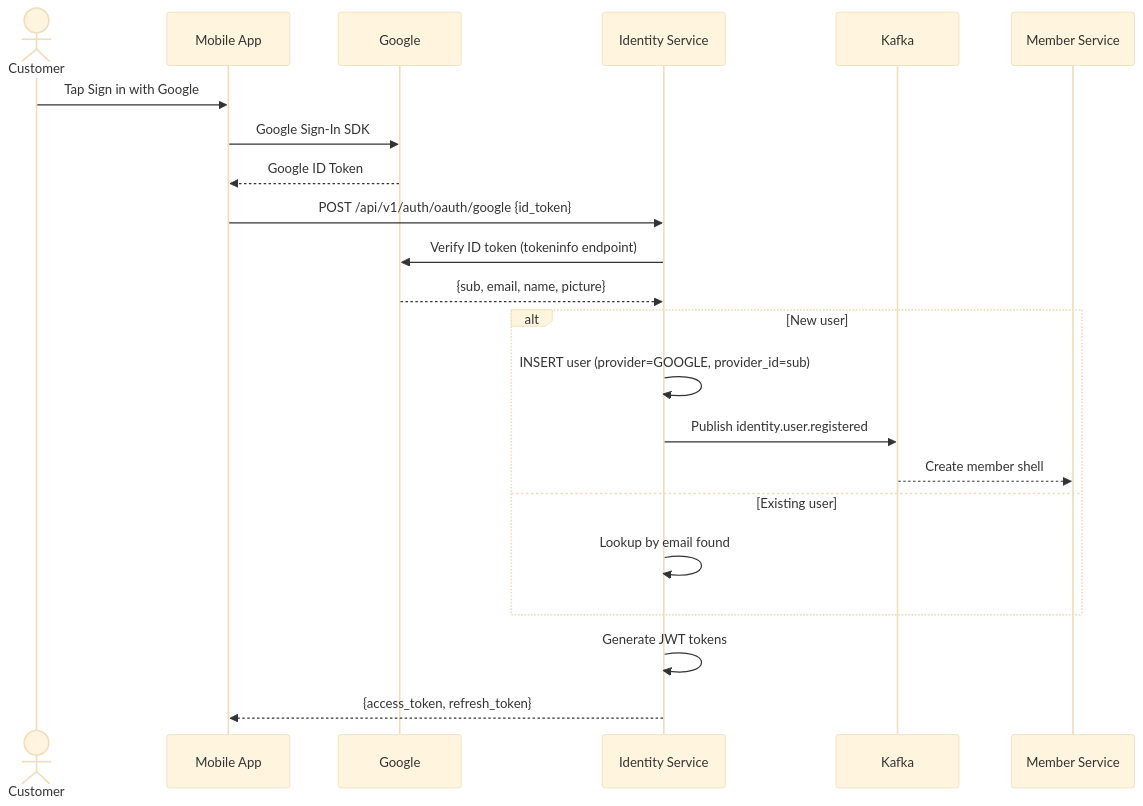
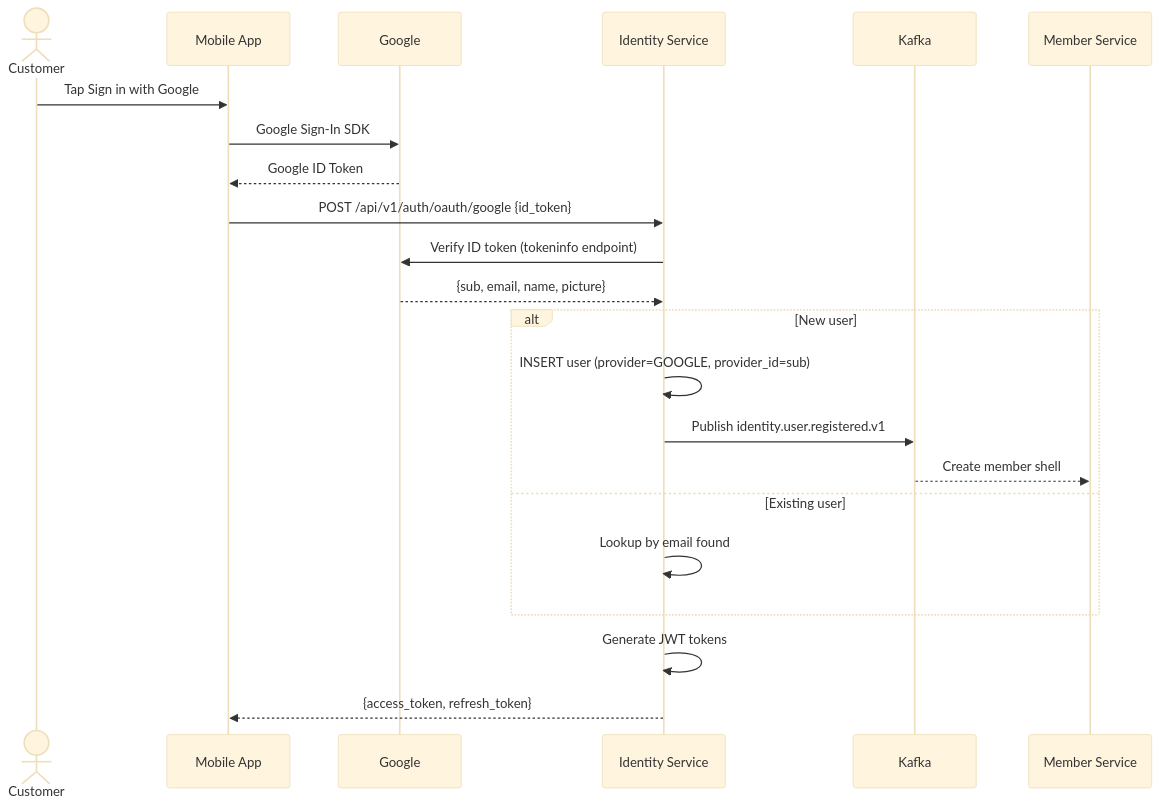
The fifth of 15 diagrams in flows/01-business-flows.md (pploc/gym-architect), drawn with Mermaid (base theme) before and after one commit. The commit also changed other lines of this file and 15 other files, not shown here.

````diff
--- a/flows/01-business-flows.md
+++ b/flows/01-business-flows.md
@@ -170,27 +169,27 @@
 ```mermaid
 sequenceDiagram
     actor C as Customer
     participant APP as Mobile App
     participant G as Google
     participant IS as Identity Service
     participant KF as Kafka
     participant MS as Member Service
 
     C->>APP: Tap Sign in with Google
     APP->>G: Google Sign-In SDK
     G-->>APP: Google ID Token
     APP->>IS: POST /api/v1/auth/oauth/google {id_token}
     IS->>G: Verify ID token (tokeninfo endpoint)
     G-->>IS: {sub, email, name, picture}
 
     alt New user
         IS->>IS: INSERT user (provider=GOOGLE, provider_id=sub)
-        IS->>KF: Publish identity.user.registered
+        IS->>KF: Publish identity.user.registered.v1
         KF-->>MS: Create member shell
     else Existing user
         IS->>IS: Lookup by email found
     end
 
     IS->>IS: Generate JWT tokens
     IS-->>APP: {access_token, refresh_token}
 ```
````
